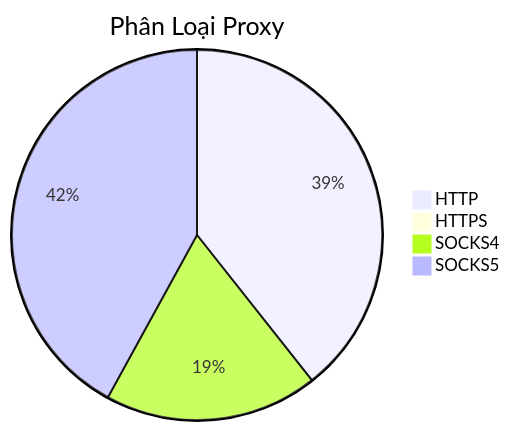
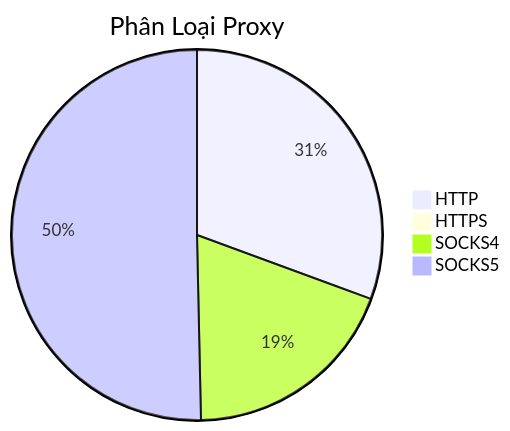
The diagram in README.md (Ciara-12/PROXY-free), drawn with Mermaid before and after one commit. The commit also changed other lines of this file and 4 other files, not shown here.

````diff
--- a/README.md
+++ b/README.md
@@ -26,7 +26,7 @@
 ```mermaid
 pie title Phân Loại Proxy
-    "HTTP" : 591
+    "HTTP" : 580
     "HTTPS" : 3
-    "SOCKS4" : 280
-    "SOCKS5" : 631
+    "SOCKS4" : 361
+    "SOCKS5" : 954
 ```
````
